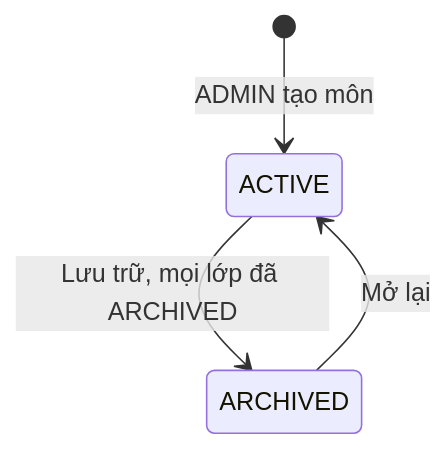
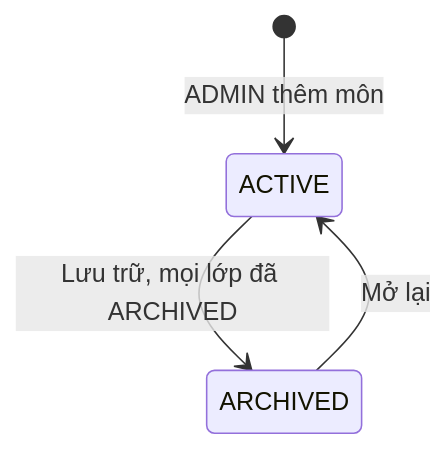
One commit to hygef-v4/AI-Powered-Learning-Platform changed the first of 3 diagrams in aidlc-docs/construction/u04-subject-class-enrollment/functional-design/domain-entities.md. Above: the diagram before and after it, drawn with Mermaid. The commit also changed other lines of this file and 185 other files, not shown here.

````diff
--- a/aidlc-docs/construction/u04-subject-class-enrollment/functional-design/domain-entities.md
+++ b/aidlc-docs/construction/u04-subject-class-enrollment/functional-design/domain-entities.md
@@ -33,6 +32,6 @@
 ```mermaid
 stateDiagram-v2
-    [*] --> ACTIVE: ADMIN tạo môn
+    [*] --> ACTIVE: ADMIN thêm môn
     ACTIVE --> ARCHIVED: Lưu trữ, mọi lớp đã ARCHIVED
     ARCHIVED --> ACTIVE: Mở lại
 ```
````
